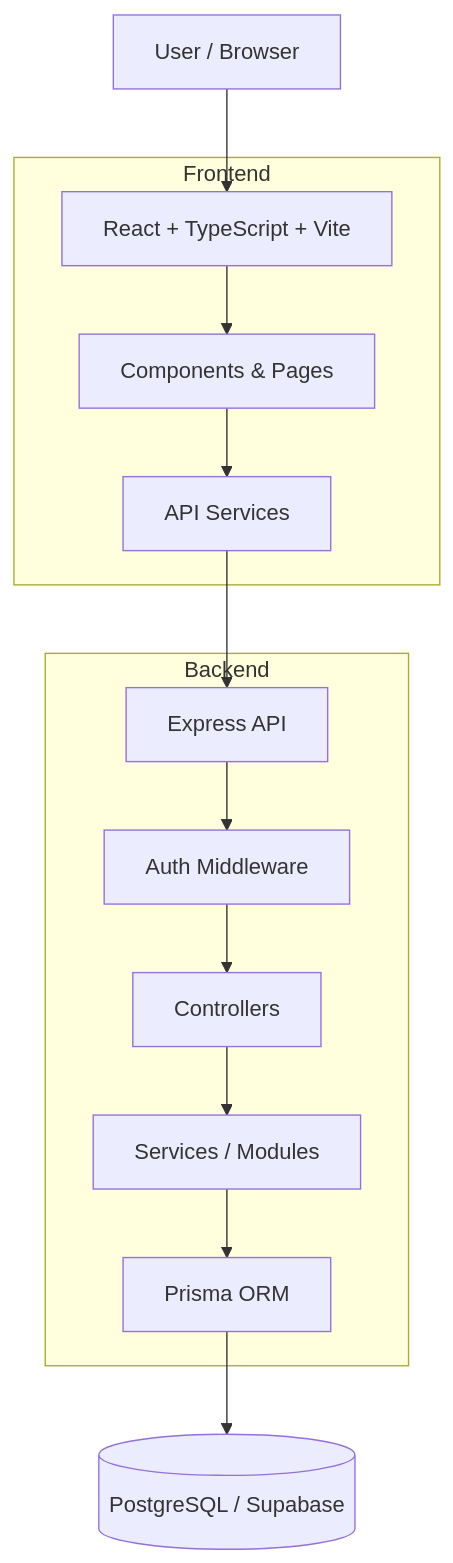
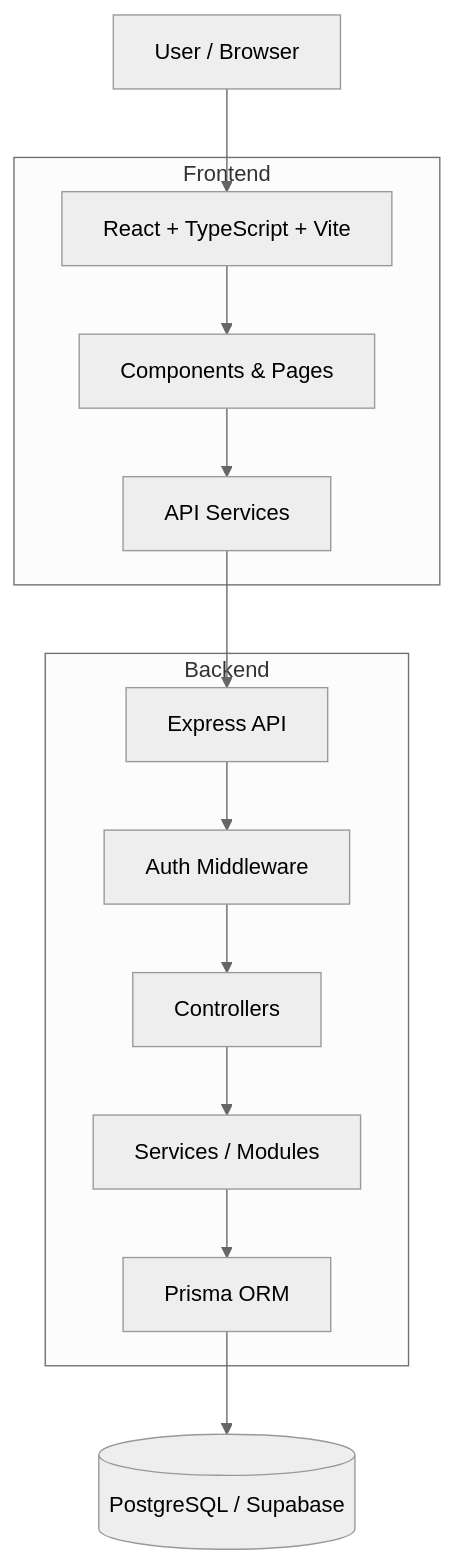
The first of 2 diagrams in README.md (GaliAkshatha/suzume), drawn with Mermaid before and after one commit. The commit also changed other lines of this file, not shown here.

````diff
--- a/README.md
+++ b/README.md
@@ -57,27 +57,28 @@
 ```mermaid
+%%{init: {'theme': 'neutral', 'flowchart': {'curve': 'basis'}}}%%
 flowchart TB
     U[User / Browser]
 
     subgraph WEB[Frontend]
         R[React + TypeScript + Vite]
         C[Components & Pages]
         S[API Services]
         R --> C --> S
     end
 
     subgraph API[Backend]
         E[Express API]
         M[Auth Middleware]
         CT[Controllers]
         SV[Services / Modules]
         P[Prisma ORM]
 
         E --> M --> CT --> SV --> P
     end
 
     DB[(PostgreSQL / Supabase)]
 
     U --> R
     S --> E
     P --> DB
 ```
````
